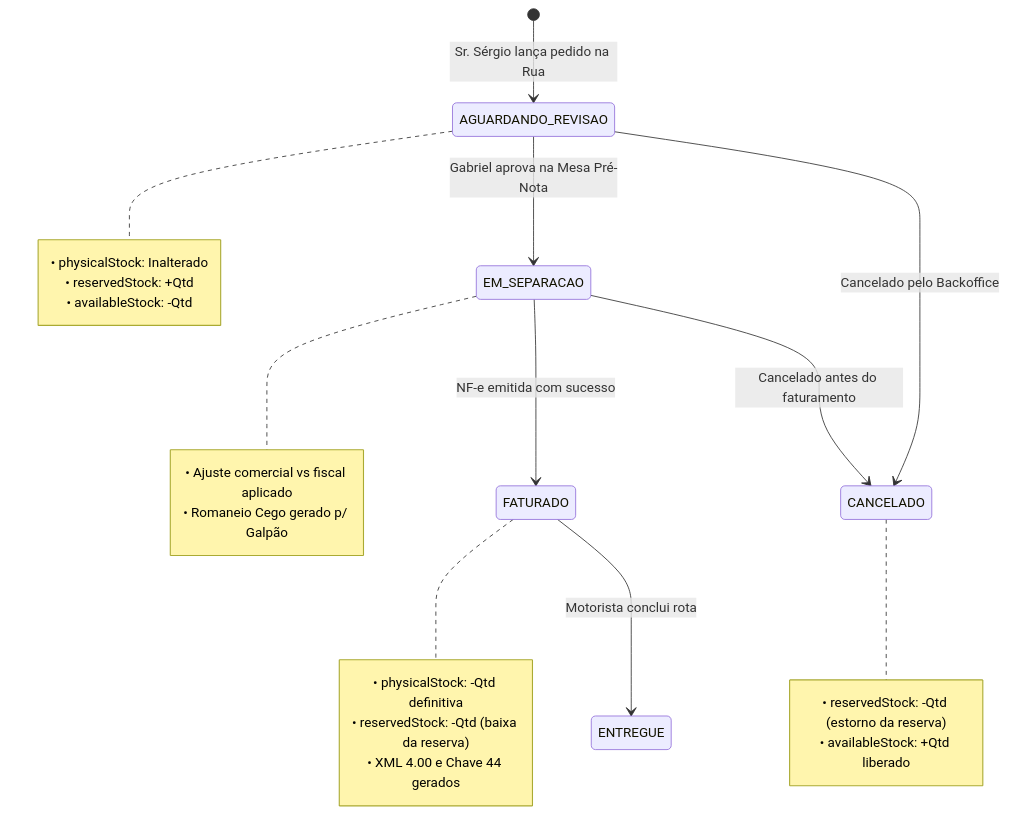
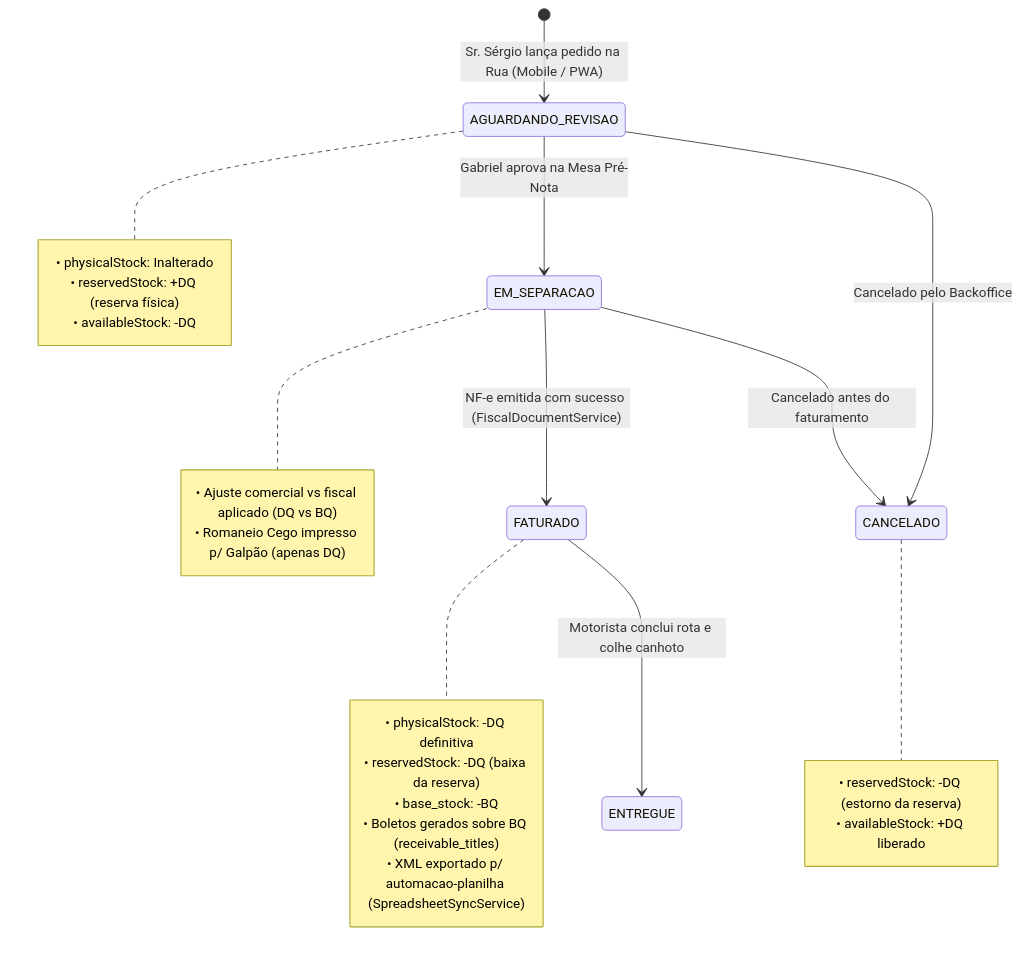
The third of 4 diagrams in docs/ARQUITETURA_DO_SISTEMA.md (GabrielFurtad0/4s), drawn with Mermaid before and after one commit. The commit also changed other lines of this file and 18 other files, not shown here.

````diff
--- a/docs/ARQUITETURA_DO_SISTEMA.md
+++ b/docs/ARQUITETURA_DO_SISTEMA.md
@@ -157,31 +231,33 @@
 ```mermaid
 stateDiagram-v2
-    [*] --> AGUARDANDO_REVISAO: Sr. Sérgio lança pedido na Rua
+    [*] --> AGUARDANDO_REVISAO: Sr. Sérgio lança pedido na Rua (Mobile / PWA)
     note right of AGUARDANDO_REVISAO
         • physicalStock: Inalterado
-        • reservedStock: +Qtd
-        • availableStock: -Qtd
+        • reservedStock: +DQ (reserva física)
+        • availableStock: -DQ
     end note
 
     AGUARDANDO_REVISAO --> EM_SEPARACAO: Gabriel aprova na Mesa Pré-Nota
     note right of EM_SEPARACAO
-        • Ajuste comercial vs fiscal aplicado
-        • Romaneio Cego gerado p/ Galpão
+        • Ajuste comercial vs fiscal aplicado (DQ vs BQ)
+        • Romaneio Cego impresso p/ Galpão (apenas DQ)
     end note
 
-    EM_SEPARACAO --> FATURADO: NF-e emitida com sucesso
+    EM_SEPARACAO --> FATURADO: NF-e emitida com sucesso (FiscalDocumentService)
     note right of FATURADO
-        • physicalStock: -Qtd definitiva
-        • reservedStock: -Qtd (baixa da reserva)
-        • XML 4.00 e Chave 44 gerados
+        • physicalStock: -DQ definitiva
+        • reservedStock: -DQ (baixa da reserva)
+        • base_stock: -BQ
+        • Boletos gerados sobre BQ (receivable_titles)
+        • XML exportado p/ automacao-planilha (SpreadsheetSyncService)
     end note
 
-    FATURADO --> ENTREGUE: Motorista conclui rota
+    FATURADO --> ENTREGUE: Motorista conclui rota e colhe canhoto
     
     AGUARDANDO_REVISAO --> CANCELADO: Cancelado pelo Backoffice
     EM_SEPARACAO --> CANCELADO: Cancelado antes do faturamento
     note right of CANCELADO
-        • reservedStock: -Qtd (estorno da reserva)
-        • availableStock: +Qtd liberado
+        • reservedStock: -DQ (estorno da reserva)
+        • availableStock: +DQ liberado
     end note
 ```
````
